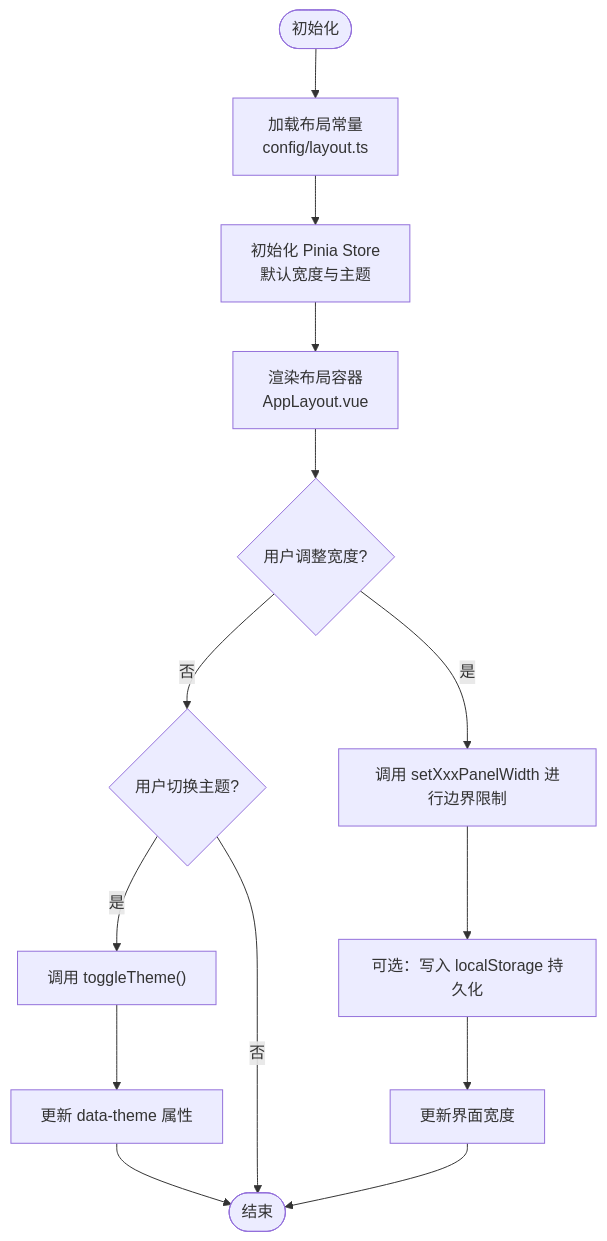
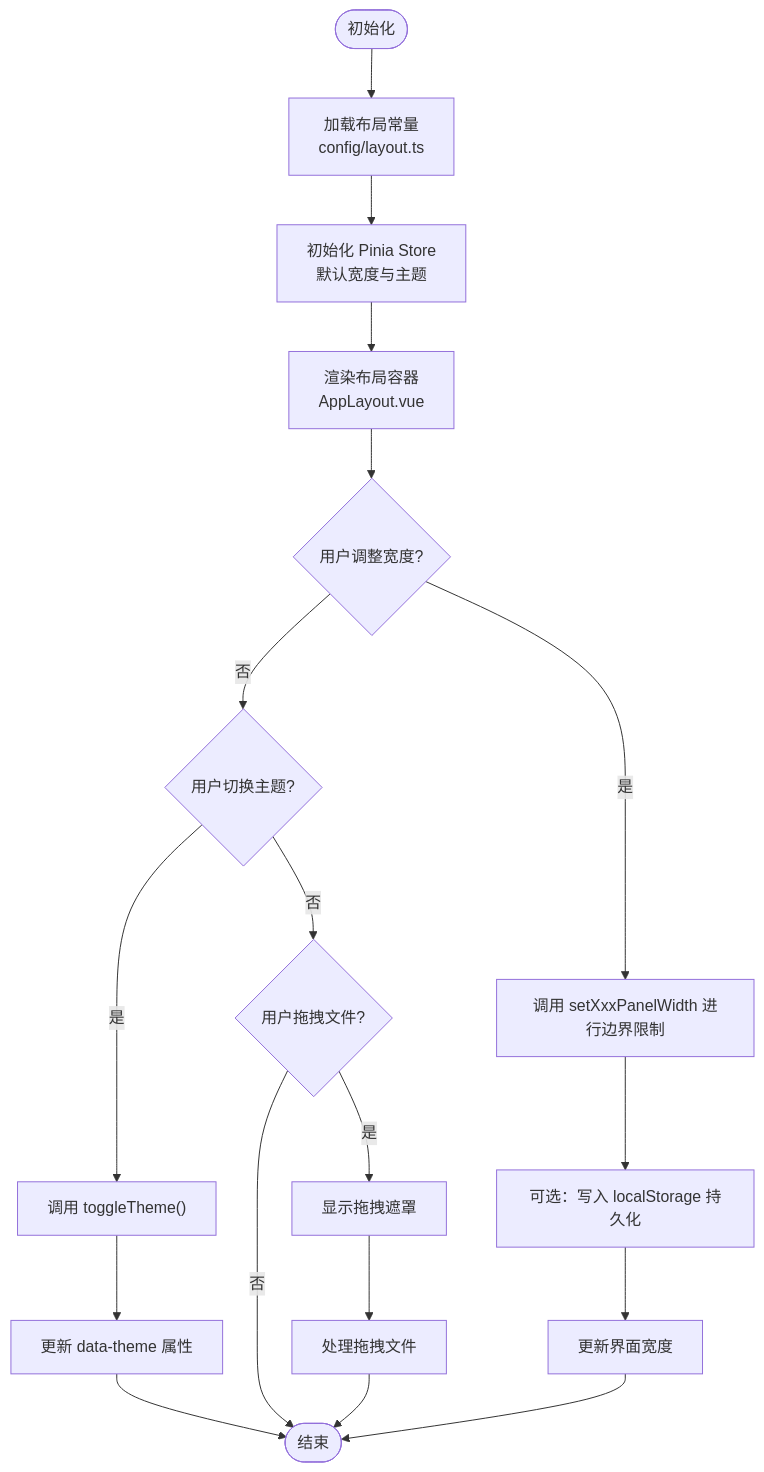
Before and after one commit to taoweidong/Hello-Tauri: the fifth of 6 diagrams in .qoder/repowiki/zh/content/用户界面/布局系统.md, drawn with Mermaid. The commit also changed other lines of this file and 72 other files, not shown here.

````diff
--- a/.qoder/repowiki/zh/content/用户界面/布局系统.md
+++ b/.qoder/repowiki/zh/content/用户界面/布局系统.md
@@ -303,16 +410,20 @@
 ```mermaid
 flowchart TD
 Start(["初始化"]) --> LoadCfg["加载布局常量<br/>config/layout.ts"]
 LoadCfg --> InitStore["初始化 Pinia Store<br/>默认宽度与主题"]
 InitStore --> Render["渲染布局容器<br/>AppLayout.vue"]
 Render --> UserResize{"用户调整宽度?"}
 UserResize --> |是| Clamp["调用 setXxxPanelWidth 进行边界限制"]
 Clamp --> Persist["可选：写入 localStorage 持久化"]
 Persist --> UpdateUI["更新界面宽度"]
 UserResize --> |否| ThemeToggle{"用户切换主题?"}
 ThemeToggle --> |是| ToggleTheme["调用 toggleTheme()"]
+ThemeToggle --> |否| GlobalDrop{"用户拖拽文件?"}
 ToggleTheme --> UpdateTheme["更新 data-theme 属性"]
 UpdateTheme --> End(["结束"])
-ThemeToggle --> |否| End
+GlobalDrop --> |是| ShowOverlay["显示拖拽遮罩"]
+GlobalDrop --> |否| End
+ShowOverlay --> ProcessFiles["处理拖拽文件"]
+ProcessFiles --> End
 UpdateUI --> End
 ```
````
